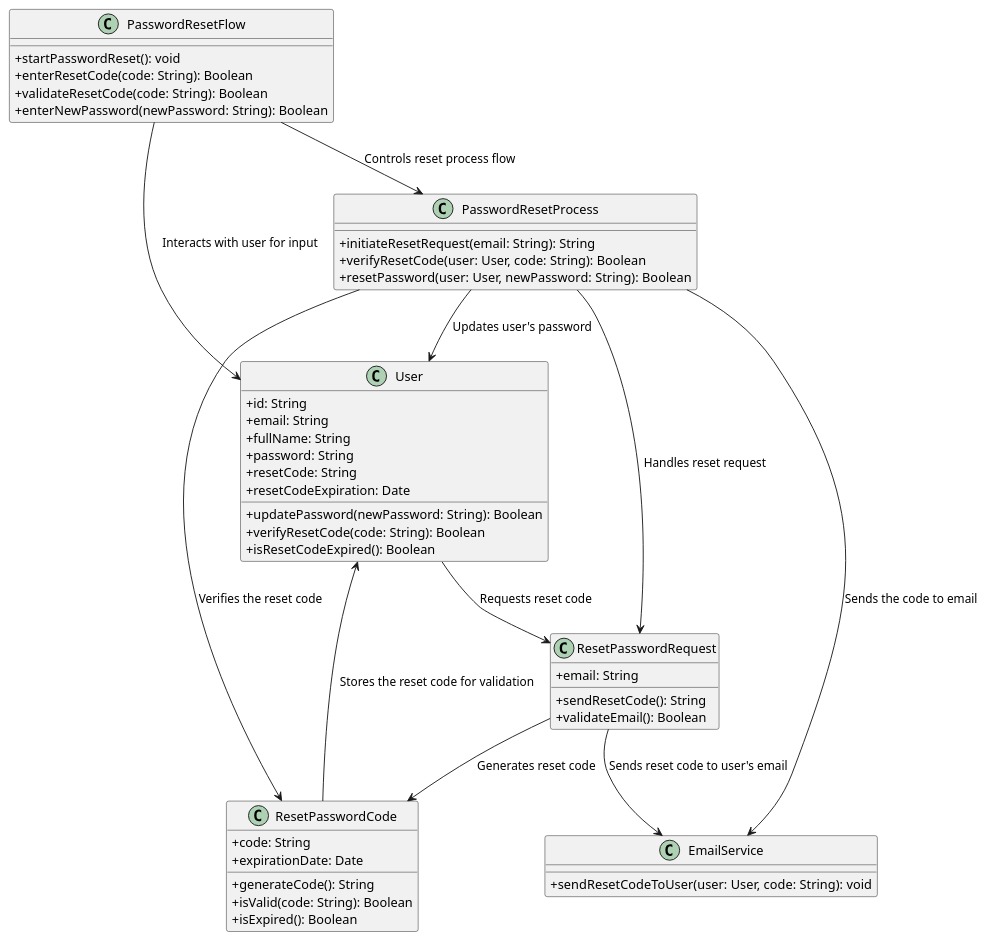
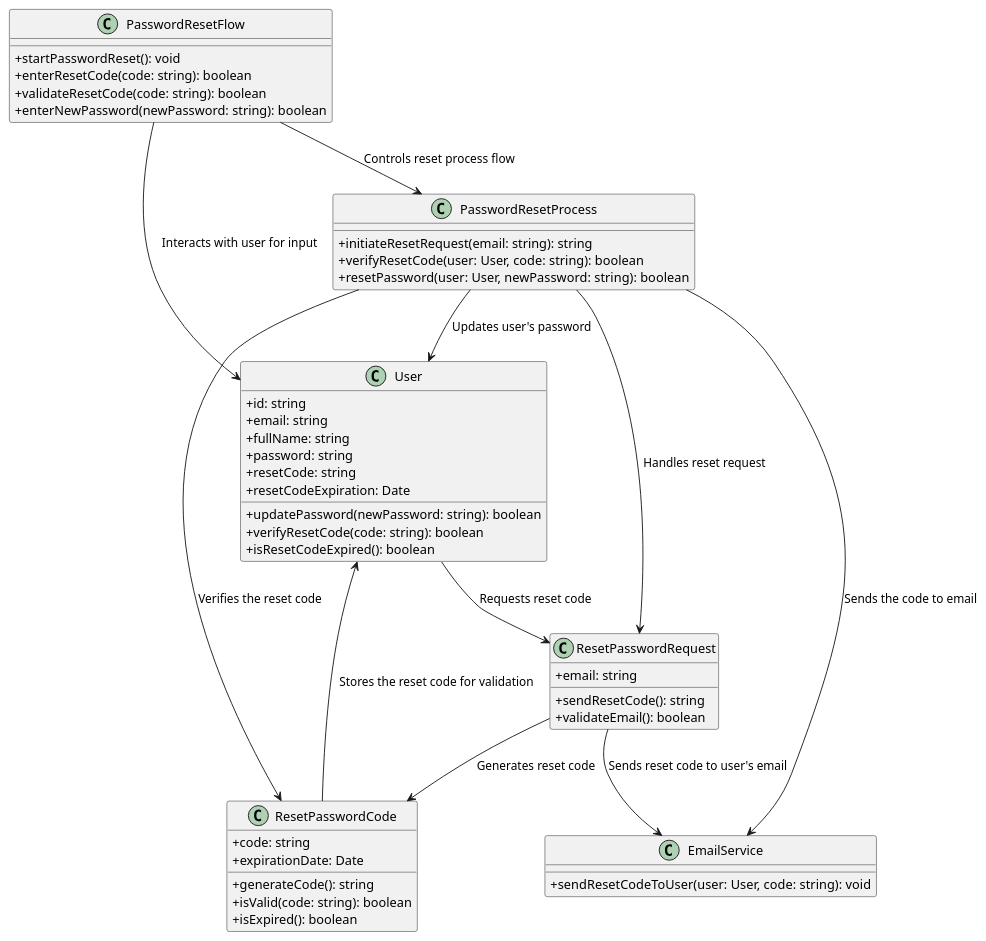
Before and after one commit to Caothuludau/InSyncDocument: the diagram in ClassDiagram/Authentication/ResetPasswordClassDiagram.plantuml, drawn with PlantUML. The commit also changed 4 other files, not shown here.

```diff
--- a/ClassDiagram/Authentication/ResetPasswordClassDiagram.plantuml
+++ b/ClassDiagram/Authentication/ResetPasswordClassDiagram.plantuml
@@ -1,64 +1,64 @@
 @startuml
 skinparam classAttributeIconSize 0
 
 ' User class represents a user with their attributes and methods for password reset
 class User {
-  + id: String
-  + email: String
-  + fullName: String
-  + password: String
-  + resetCode: String
+  + id: string
+  + email: string
+  + fullName: string
+  + password: string
+  + resetCode: string
   + resetCodeExpiration: Date
-  + updatePassword(newPassword: String): Boolean
-  + verifyResetCode(code: String): Boolean
-  + isResetCodeExpired(): Boolean
+  + updatePassword(newPassword: string): boolean
+  + verifyResetCode(code: string): boolean
+  + isResetCodeExpired(): boolean
 }
 
 ' Class to manage the reset password request process
 class ResetPasswordRequest {
-  + email: String
-  + sendResetCode(): String
-  + validateEmail(): Boolean
+  + email: string
+  + sendResetCode(): string
+  + validateEmail(): boolean
 }
 
 ' Class for the reset password code with a validation method
 class ResetPasswordCode {
-  + code: String
+  + code: string
   + expirationDate: Date
-  + generateCode(): String
-  + isValid(code: String): Boolean
-  + isExpired(): Boolean
+  + generateCode(): string
+  + isValid(code: string): boolean
+  + isExpired(): boolean
 }
 
 ' Email service class to send reset code to user
 class EmailService {
-  + sendResetCodeToUser(user: User, code: String): void
+  + sendResetCodeToUser(user: User, code: string): void
 }
 
 ' Password reset process handler
 class PasswordResetProcess {
-  + initiateResetRequest(email: String): String
-  + verifyResetCode(user: User, code: String): Boolean
-  + resetPassword(user: User, newPassword: String): Boolean
+  + initiateResetRequest(email: string): string
+  + verifyResetCode(user: User, code: string): boolean
+  + resetPassword(user: User, newPassword: string): boolean
 }
 
 ' Password reset flow controller
 class PasswordResetFlow {
   + startPasswordReset(): void
-  + enterResetCode(code: String): Boolean
-  + validateResetCode(code: String): Boolean
-  + enterNewPassword(newPassword: String): Boolean
+  + enterResetCode(code: string): boolean
+  + validateResetCode(code: string): boolean
+  + enterNewPassword(newPassword: string): boolean
 }
 
 ' Relationships
 User --> ResetPasswordRequest : "Requests reset code"
 ResetPasswordRequest --> ResetPasswordCode : "Generates reset code"
 ResetPasswordRequest --> EmailService : "Sends reset code to user's email"
 ResetPasswordCode --> User : "Stores the reset code for validation"
 PasswordResetProcess --> ResetPasswordRequest : "Handles reset request"
 PasswordResetProcess --> ResetPasswordCode : "Verifies the reset code"
 PasswordResetProcess --> EmailService : "Sends the code to email"
 PasswordResetProcess --> User : "Updates user's password"
 PasswordResetFlow --> PasswordResetProcess : "Controls reset process flow"
 PasswordResetFlow --> User : "Interacts with user for input"
 @enduml
```
